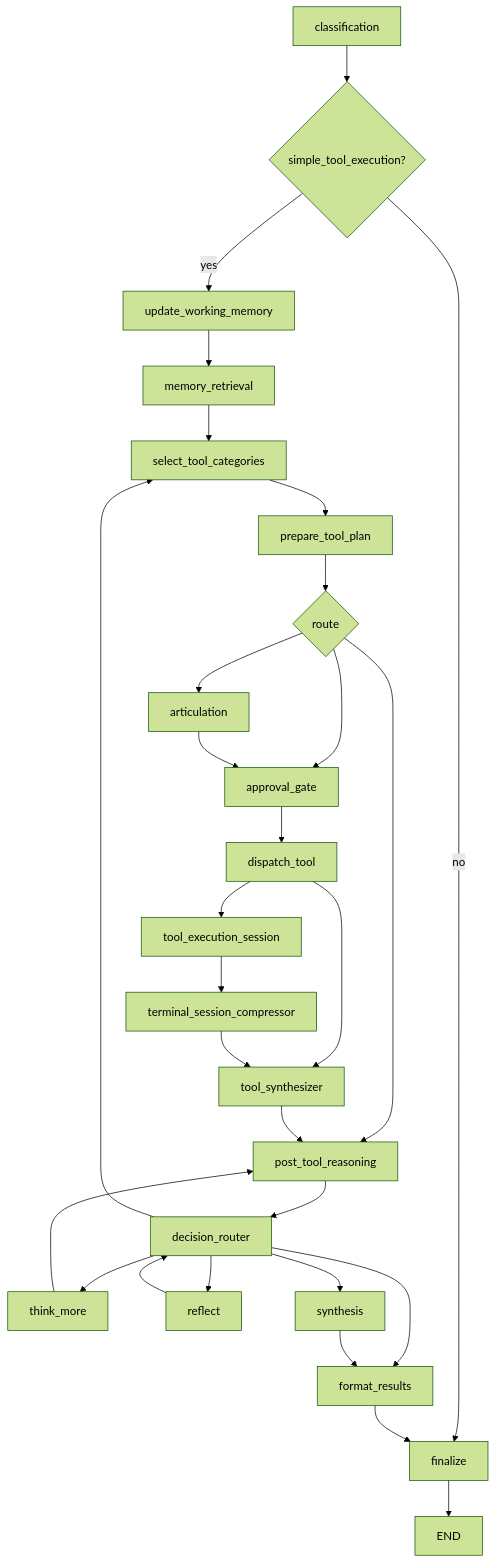
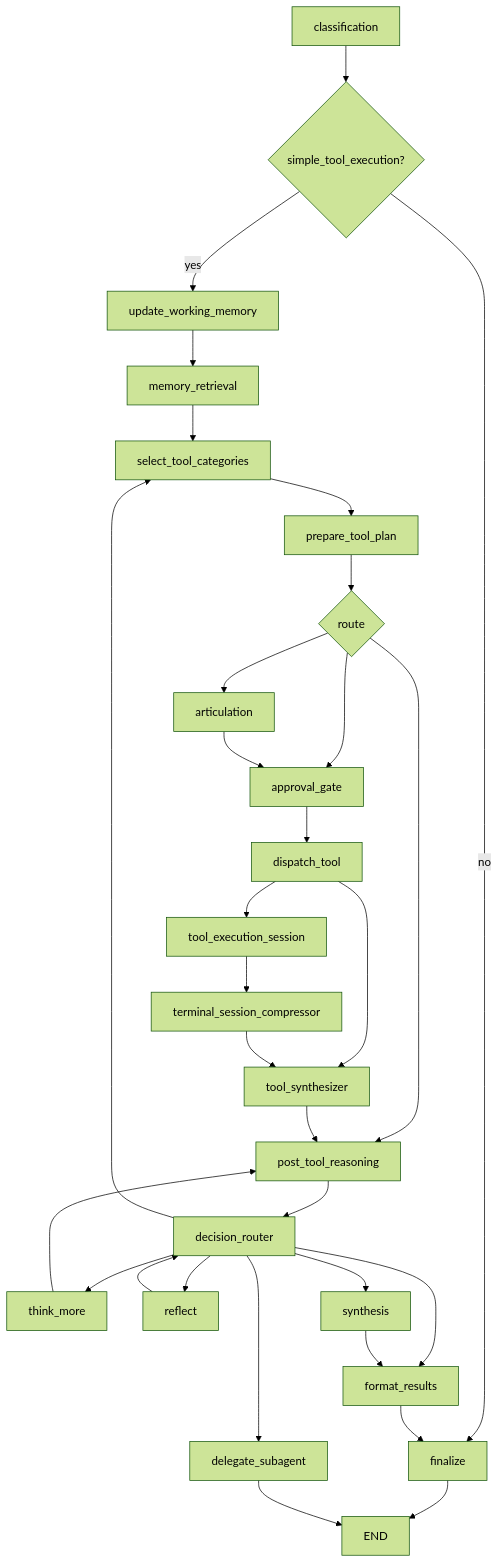
Before and after one commit to quareth/drowAI: the third of 6 diagrams in docs/architecture/langgraph-graph-architecture.md, drawn with Mermaid (forest theme). The commit also changed other lines of this file and 12 other files, not shown here.

````diff
--- a/docs/architecture/langgraph-graph-architecture.md
+++ b/docs/architecture/langgraph-graph-architecture.md
@@ -310,31 +315,33 @@
 ```mermaid
 flowchart TD
     classification --> Gate{simple_tool_execution?}
     Gate -- no --> finalize
     Gate -- yes --> update_working_memory
     update_working_memory --> memory_retrieval
     memory_retrieval --> select_tool_categories
     select_tool_categories --> prepare_tool_plan
     prepare_tool_plan --> PrepRoute{route}
     PrepRoute --> articulation
     PrepRoute --> approval_gate
     PrepRoute --> post_tool_reasoning
     articulation --> approval_gate
     approval_gate --> dispatch_tool
     dispatch_tool --> tool_execution_session
     dispatch_tool --> tool_synthesizer
     tool_execution_session --> terminal_session_compressor
     terminal_session_compressor --> tool_synthesizer
     tool_synthesizer --> post_tool_reasoning
     post_tool_reasoning --> decision_router
     decision_router --> select_tool_categories
     decision_router --> think_more
     decision_router --> reflect
     decision_router --> synthesis
     decision_router --> format_results
+    decision_router --> delegate_subagent
     think_more --> post_tool_reasoning
     reflect --> decision_router
     synthesis --> format_results
     format_results --> finalize
     finalize --> END
+    delegate_subagent --> END
 ```
````
